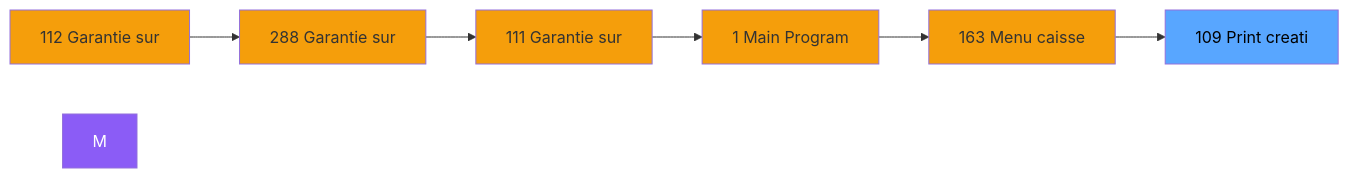
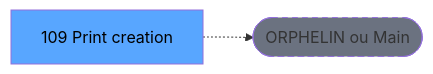
The second of 3 diagrams in .openspec/renders/ADH-IDE-109.md (thonyAGP/lecteur-magic), drawn with Mermaid before and after one commit. The commit also changed other lines of this file and 701 other files, not shown here.

````diff
--- a/.openspec/renders/ADH-IDE-109.md
+++ b/.openspec/renders/ADH-IDE-109.md
@@ -122,21 +123,8 @@
 ```mermaid
 graph LR
-    N112[112 Garantie sur]
-    N288[288 Garantie sur]
-    N111[111 Garantie sur]
-    N1[1 Main Program]
-    N163[163 Menu caisse ]
-    T[109 Print creati]
-    N112 --> N288
-    N288 --> N111
-    N111 --> N1
-    N1 --> N163
-    N163 --> T
-    style M fill:#8b5cf6,color:#fff
-    style N112 fill:#f59e0b
-    style N288 fill:#f59e0b
-    style N111 fill:#f59e0b
-    style N1 fill:#f59e0b
-    style N163 fill:#f59e0b
+    T[109 Print creation ]
+    ORPHAN([ORPHELIN ou Main])
+    T -.-> ORPHAN
     style T fill:#58a6ff,color:#000
+    style ORPHAN fill:#6b7280,stroke-dasharray: 5 5
 ```
````
